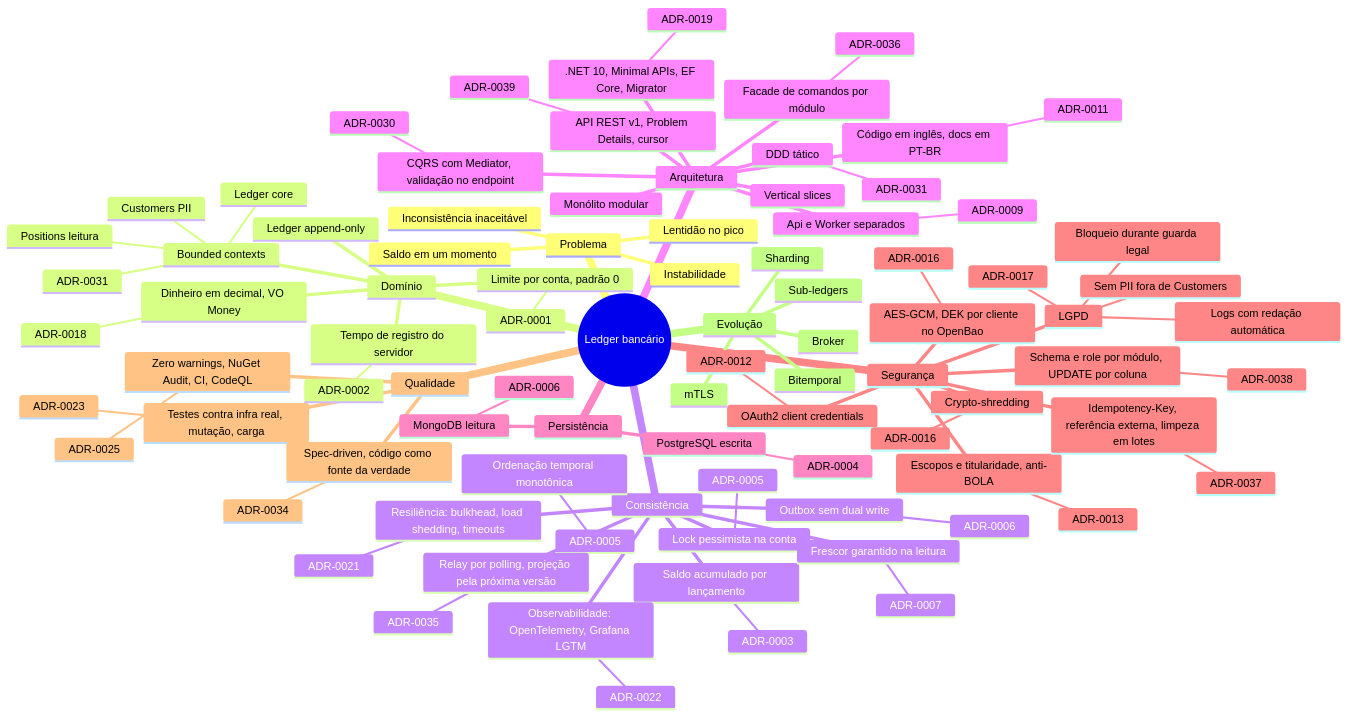
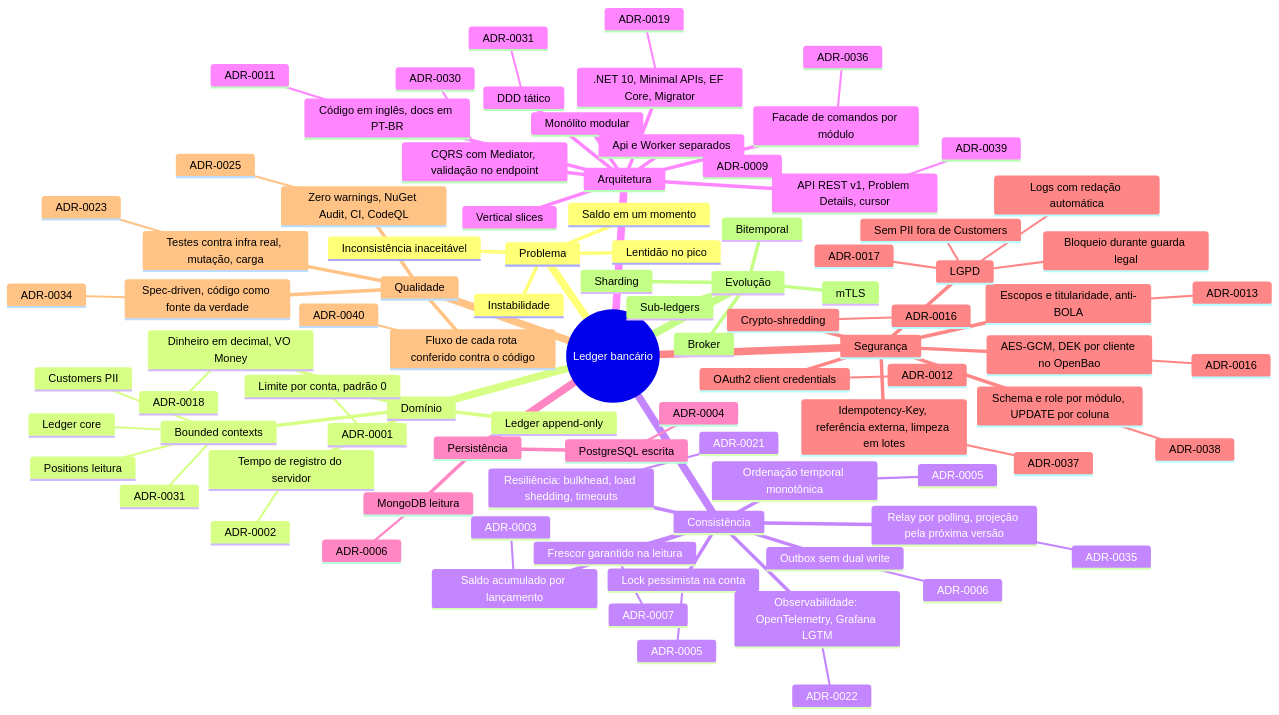
One commit to arthuurw/desafio-arquiteto-keyrus changed the first of 2 diagrams in docs/mapa-de-decisoes.md. Above: the diagram before and after it, drawn with Mermaid. The commit also changed other lines of this file and 4 other files, not shown here.

First line of the commit message:
docs(adr): record that every route and routine flow is checked against the code

```diff
--- a/docs/mapa-de-decisoes.md
+++ b/docs/mapa-de-decisoes.md
@@ -104,6 +104,8 @@
         ADR-0023
       Spec-driven, código como fonte da verdade
         ADR-0034
+      Fluxo de cada rota conferido contra o código
+        ADR-0040
       Zero warnings, NuGet Audit, CI, CodeQL
         ADR-0025
     Evolução
```
